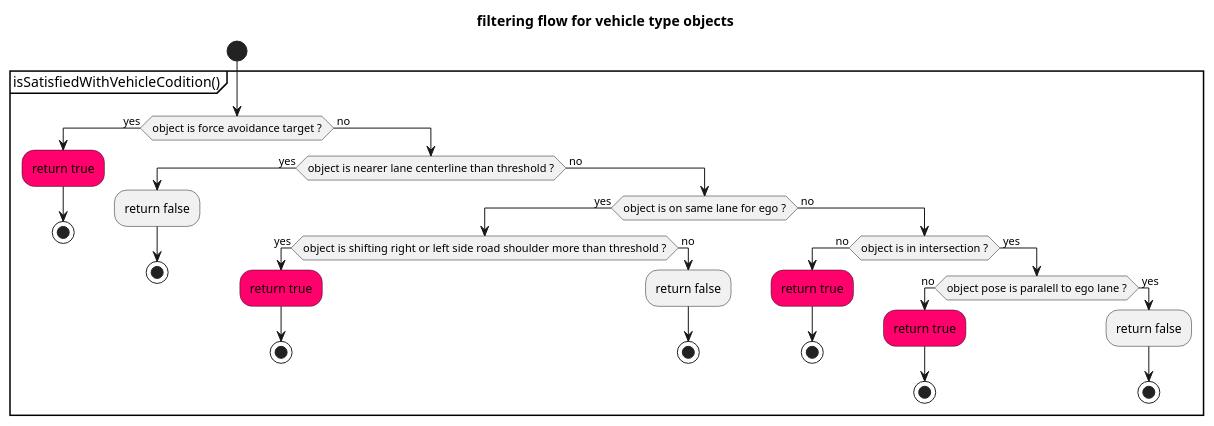
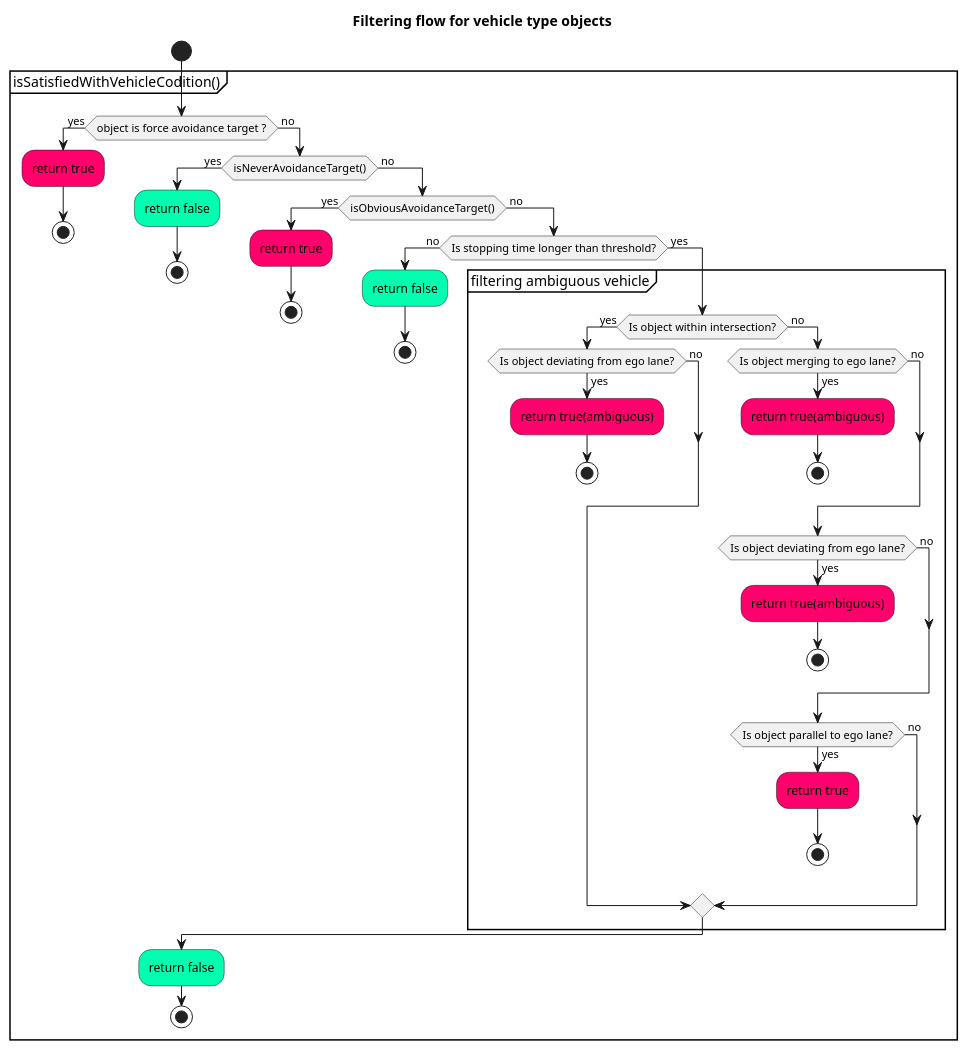
One commit to autowarefoundation/autoware changed the fifth of 9 diagrams in planning/autoware_behavior_path_static_obstacle_avoidance_module/README.md. Above: the diagram before and after it, drawn with PlantUML. The commit also changed other lines of this file and 58 other files, not shown here.

````diff
--- a/planning/autoware_behavior_path_static_obstacle_avoidance_module/README.md
+++ b/planning/autoware_behavior_path_static_obstacle_avoidance_module/README.md
@@ -288,45 +479,69 @@
 ```plantuml
 @startuml
 skinparam defaultTextAlignment center
 skinparam noteTextAlignment left
 
-title filtering flow for vehicle type objects
+title Filtering flow for vehicle type objects
 start
 
 partition isSatisfiedWithVehicleCodition() {
 if(object is force avoidance target ?) then (yes)
 #FF006C :return true;
 stop
 else (\n no)
-if(object is nearer lane centerline than threshold ?) then (yes)
-:return false;
+
+if(isNeverAvoidanceTarget()) then (yes)
+#00FFB1 :return false;
 stop
 else (\n no)
-if(object is on same lane for ego ?) then (yes)
-if(object is shifting right or left side road shoulder more than threshold ?) then (yes)
+
+if(isObviousAvoidanceTarget()) then (yes)
 #FF006C :return true;
 stop
 else (\n no)
-:return false;
+
+if(Is stopping time longer than threshold?) then (no)
+#00FFB1 :return false;
 stop
+else (\n yes)
+
+partition filtering ambiguous vehicle {
+if(Is object within intersection?) then (yes)
+if(Is object deviating from ego lane?) then (yes)
+#FF006C :return true(ambiguous);
+stop
+else (\n no)
 endif
 else (\n no)
-if(object is in intersection ?) then (no)
+
+if(Is object merging to ego lane?) then (yes)
+#FF006C :return true(ambiguous);
+stop
+else (\n no)
+endif
+
+if(Is object deviating from ego lane?) then (yes)
+#FF006C :return true(ambiguous);
+stop
+else (\n no)
+endif
+
+if(Is object parallel to ego lane?) then (yes)
 #FF006C :return true;
 stop
-else (\n yes)
-if(object pose is paralell to ego lane ?) then (no)
-#FF006C :return true;
-stop
-else (\n yes)
-:return false;
-stop
+else (\n no)
+endif
+
+endif
+}
 endif
 endif
 endif
 endif
-endif
+#00FFB1 :return false;
+stop
 }
 
 @enduml
+
 ```
````
